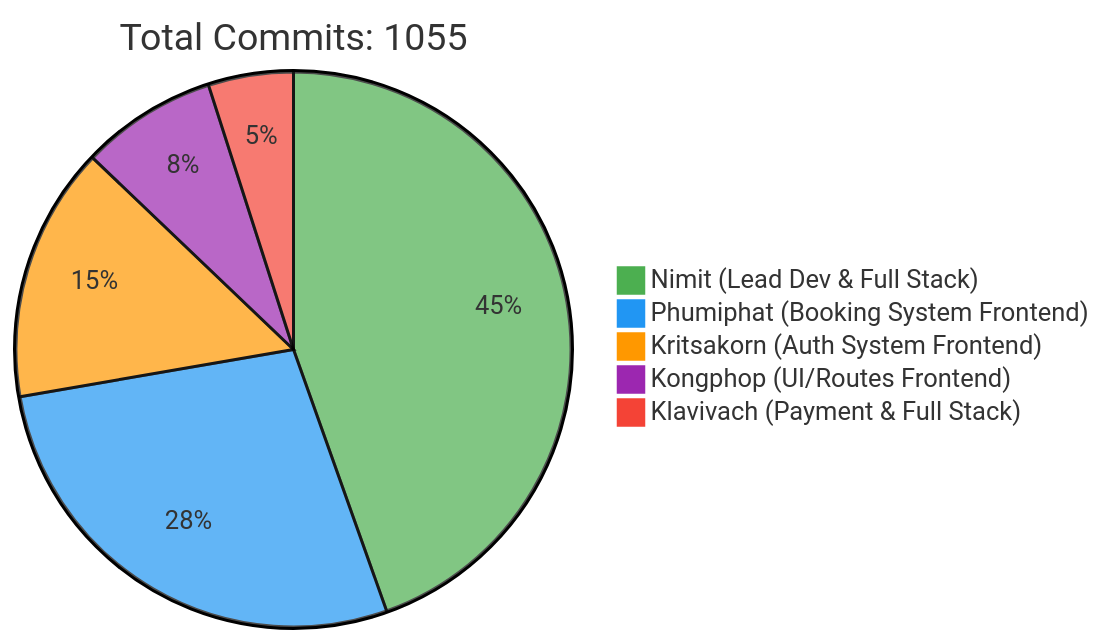
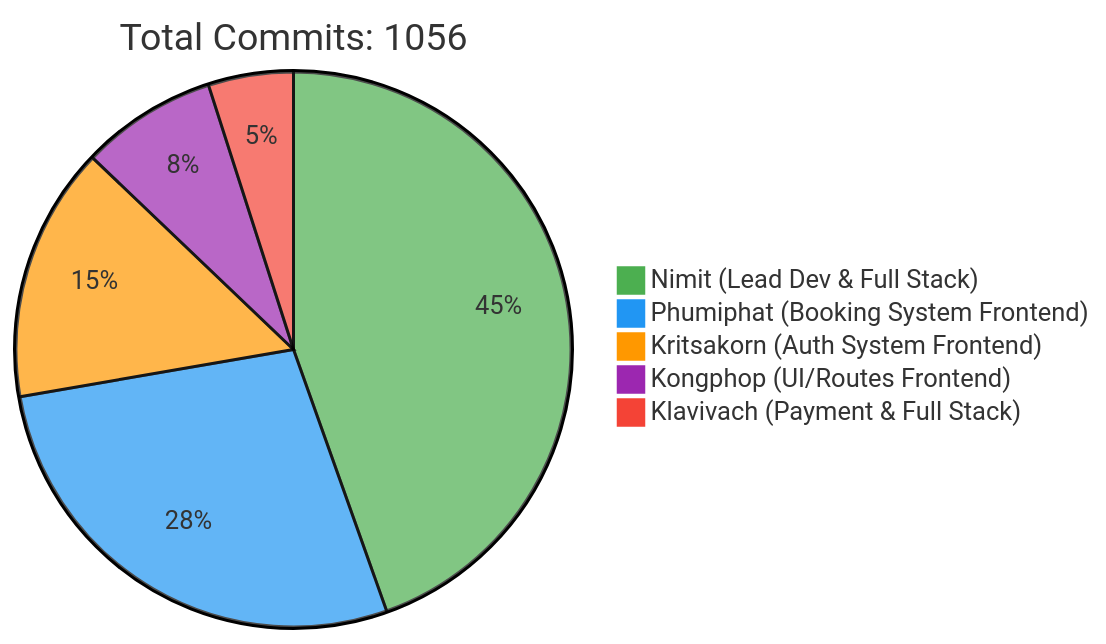
Before and after one commit to 6531503042/Sport-Complex: the first of 2 diagrams in README.md, drawn with Mermaid. The commit also changed other lines of this file, not shown here.

Commit message:
docs: Update contributor statistics [skip ci]

````diff
--- a/README.md
+++ b/README.md
@@ -240,10 +240,10 @@
 ```mermaid
 %%{init: {'theme': 'base', 'themeVariables': { 'pie1': '#4CAF50', 'pie2': '#2196F3', 'pie3': '#FF9800', 'pie4': '#9C27B0', 'pie5': '#F44336'}}}%%
 pie
-    title Total Commits: 1055
+    title Total Commits: 1056
     "Nimit (Lead Dev & Full Stack)" : 450
     "Phumiphat (Booking System Frontend)" : 280
     "Kritsakorn (Auth System Frontend)" : 150
     "Kongphop (UI/Routes Frontend)" : 80
     "Klavivach (Payment & Full Stack)" : 50
 ```
````
